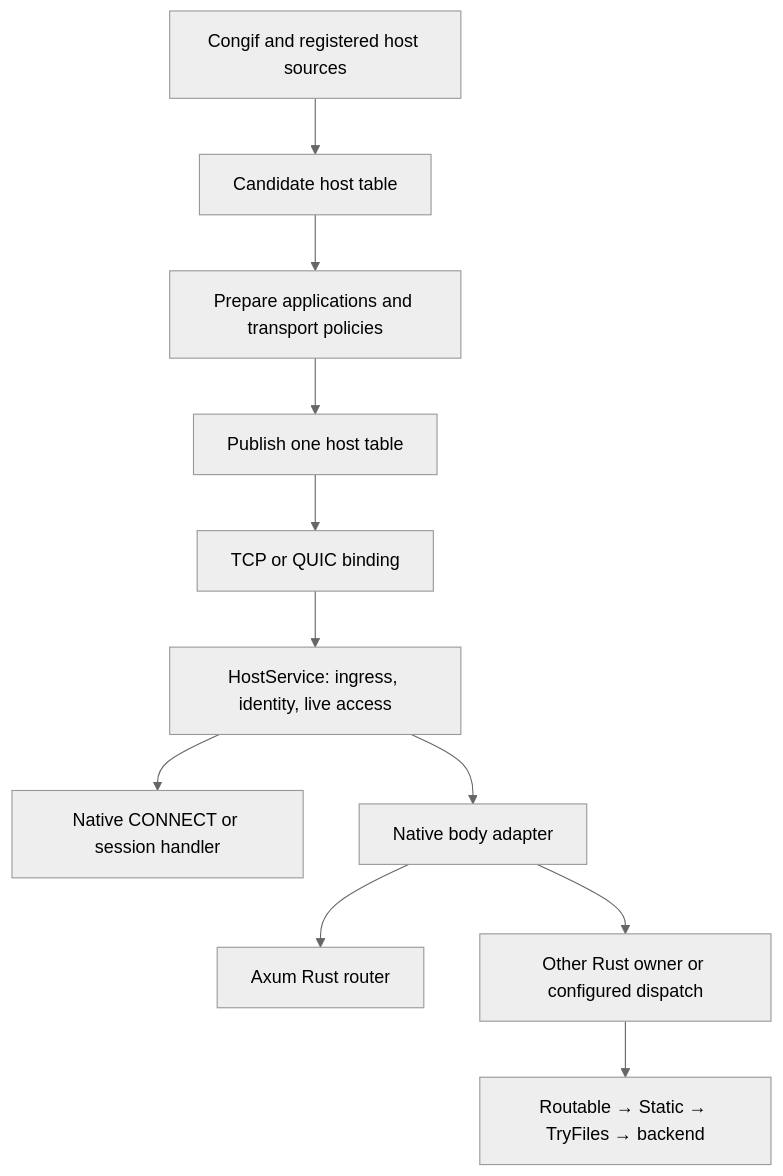
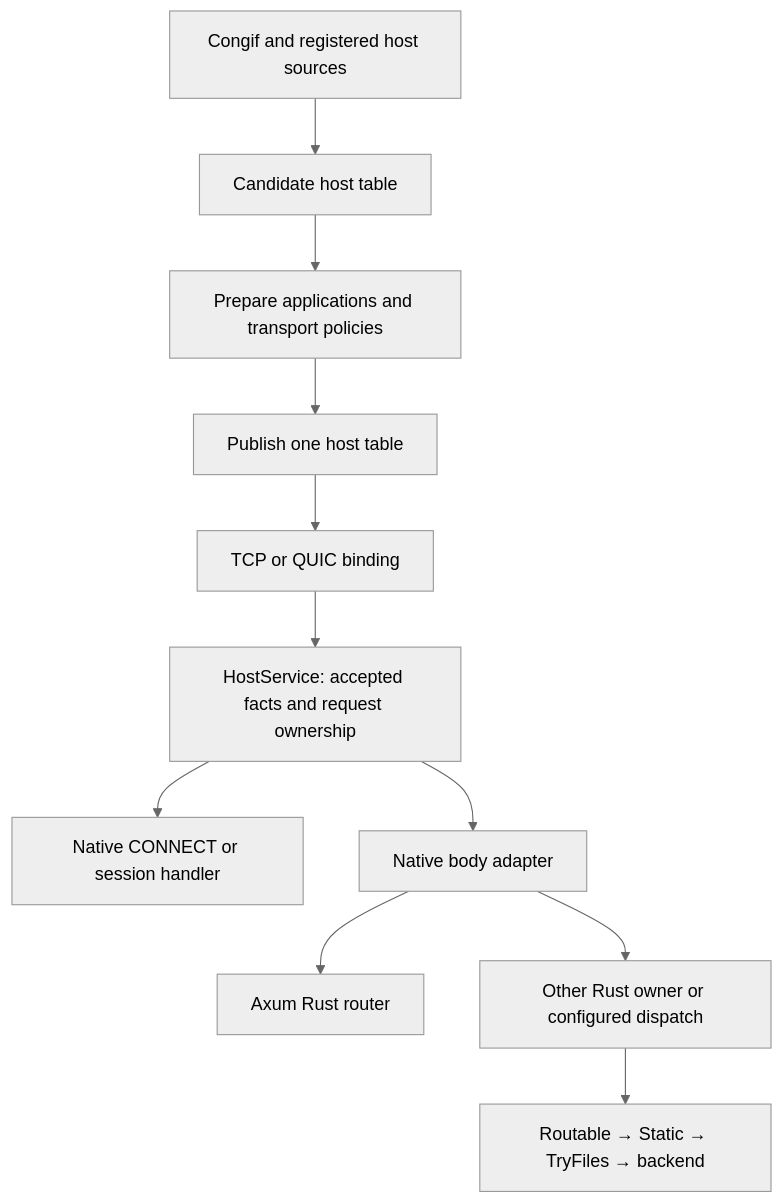
One commit to claviron/claviron changed the diagram in crates/edge/ARCHITECTURE.md. Above: the diagram before and after it, drawn with Mermaid (neutral theme). The commit also changed other lines of this file and 18 other files, not shown here.

````diff
--- a/crates/edge/ARCHITECTURE.md
+++ b/crates/edge/ARCHITECTURE.md
@@ -15,13 +15,13 @@
 ```mermaid
 flowchart TD
     Config[Congif and registered host sources] --> Loader[Candidate host table]
     Loader --> Prepare[Prepare applications and transport policies]
     Prepare --> Publish[Publish one host table]
     Publish --> Transport[TCP or QUIC binding]
-    Transport --> Host[HostService: ingress, identity, live access]
+    Transport --> Host[HostService: accepted facts and request ownership]
     Host --> Session[Native CONNECT or session handler]
     Host --> Body[Native body adapter]
     Body --> Axum[Axum Rust router]
     Body --> Other[Other Rust owner or configured dispatch]
     Other --> Chain[Routable → Static → TryFiles → backend]
 ```
````
